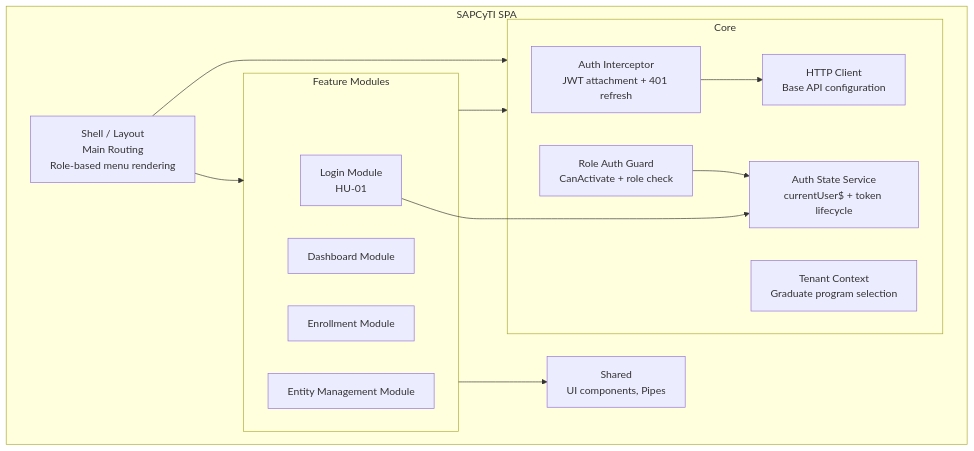
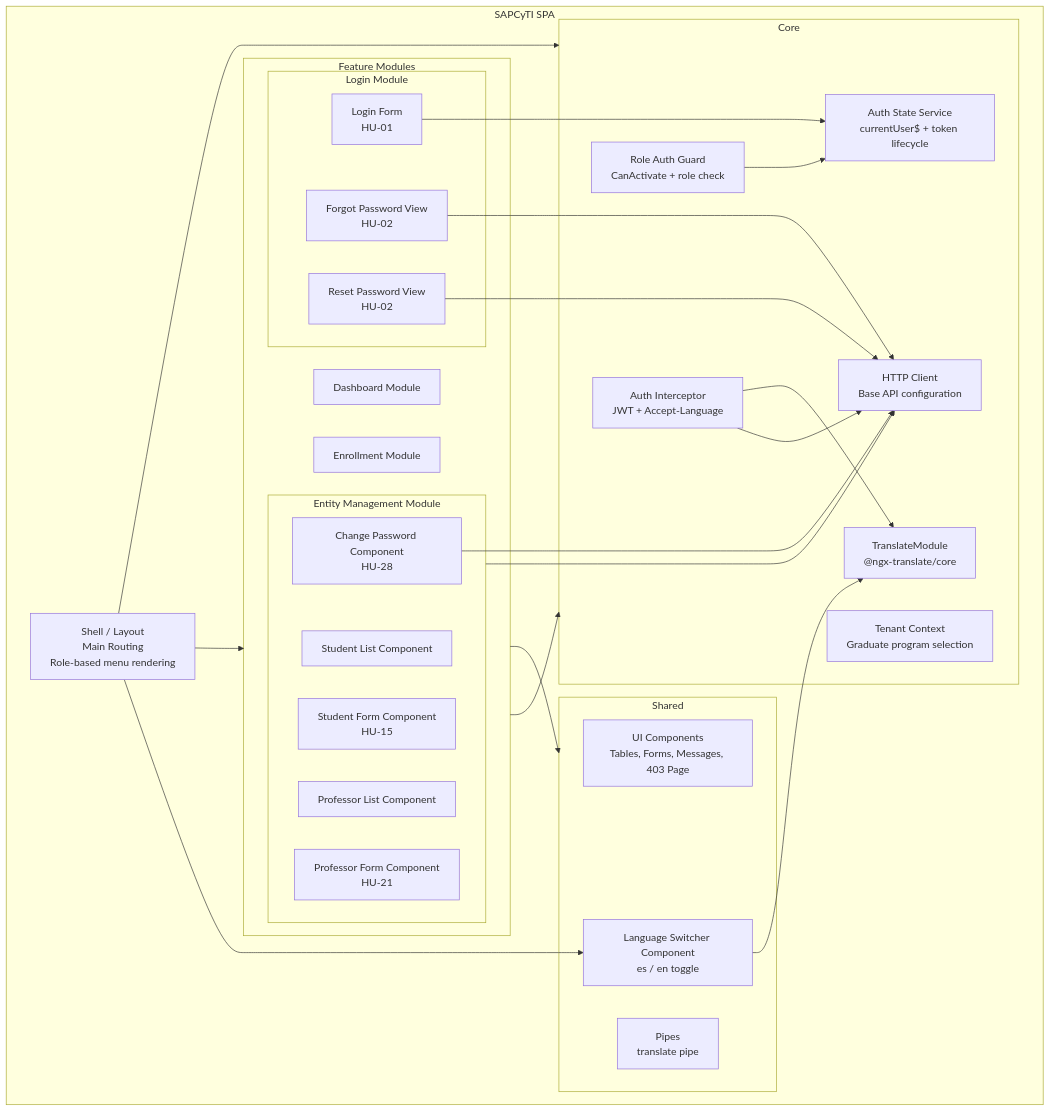
Before and after one commit to SAPCyTI-UAM-I/Docs: the sixth of 25 diagrams in Design/Architecture.md, drawn with Mermaid. The commit also changed other lines of this file, not shown here.

Commit message:
docs: add software architecture documentation for SAPCyTI system (iteration 4)

````diff
--- a/Design/Architecture.md
+++ b/Design/Architecture.md
@@ -424,31 +580,55 @@
 ```mermaid
 flowchart TB
     subgraph SPA["SAPCyTI SPA"]
         SHELL["Shell / Layout\nMain Routing\nRole-based menu rendering"]
 
         subgraph Features["Feature Modules"]
-            LOGIN["Login Module\nHU-01"]
+            subgraph LoginMod["Login Module"]
+                LOGINFORM["Login Form\nHU-01"]
+                FORGOTPWD["Forgot Password View\nHU-02"]
+                RESETPWD["Reset Password View\nHU-02"]
+            end
+
             DASH["Dashboard Module"]
             ENROLL["Enrollment Module"]
-            ENTITIES["Entity Management Module"]
+
+            subgraph EntityMod["Entity Management Module"]
+                STUDLIST["Student List Component"]
+                STUDFORM["Student Form Component\nHU-15"]
+                PROFLIST["Professor List Component"]
+                PROFFORM["Professor Form Component\nHU-21"]
+                CHANGEPWD["Change Password Component\nHU-28"]
+            end
         end
 
         subgraph Core["Core"]
-            AUTHINT["Auth Interceptor\nJWT attachment + 401 refresh"]
+            AUTHINT["Auth Interceptor\nJWT + Accept-Language"]
             AUTHGUARD["Role Auth Guard\nCanActivate + role check"]
             AUTHSTATE["Auth State Service\ncurrentUser$ + token lifecycle"]
             TENANT["Tenant Context\nGraduate program selection"]
             HTTP["HTTP Client\nBase API configuration"]
+            I18N["TranslateModule\n@ngx-translate/core"]
         end
 
-        SHARED["Shared\nUI components, Pipes"]
+        subgraph Shared["Shared"]
+            UICOMP["UI Components\nTables, Forms, Messages, 403 Page"]
+            LANGSW["Language Switcher Component\nes / en toggle"]
+            PIPES["Pipes\ntranslate pipe"]
+        end
     end
 
     SHELL --> Features
     SHELL --> Core
+    SHELL --> LANGSW
     Features --> Core
-    Features --> SHARED
+    Features --> Shared
     AUTHINT --> HTTP
+    AUTHINT --> I18N
     AUTHGUARD --> AUTHSTATE
-    LOGIN --> AUTHSTATE
+    LOGINFORM --> AUTHSTATE
+    FORGOTPWD --> HTTP
+    RESETPWD --> HTTP
+    CHANGEPWD --> HTTP
+    EntityMod --> HTTP
+    LANGSW --> I18N
 ```
````
